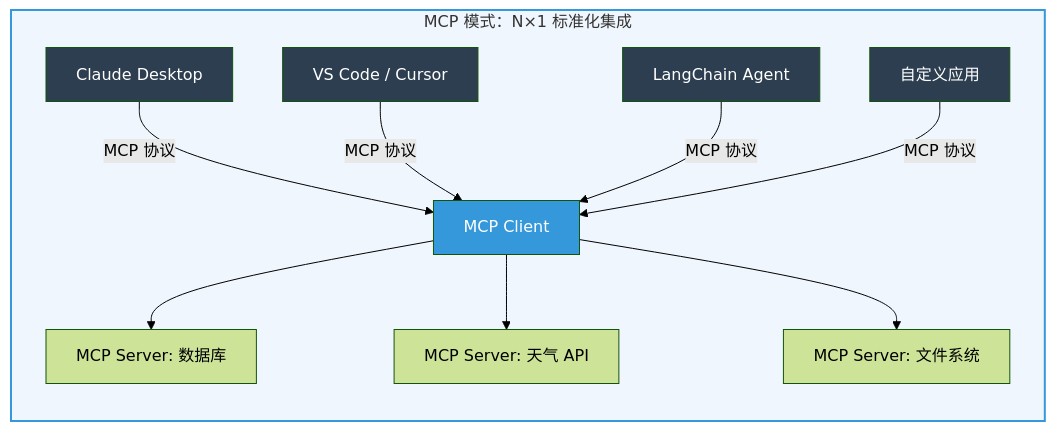
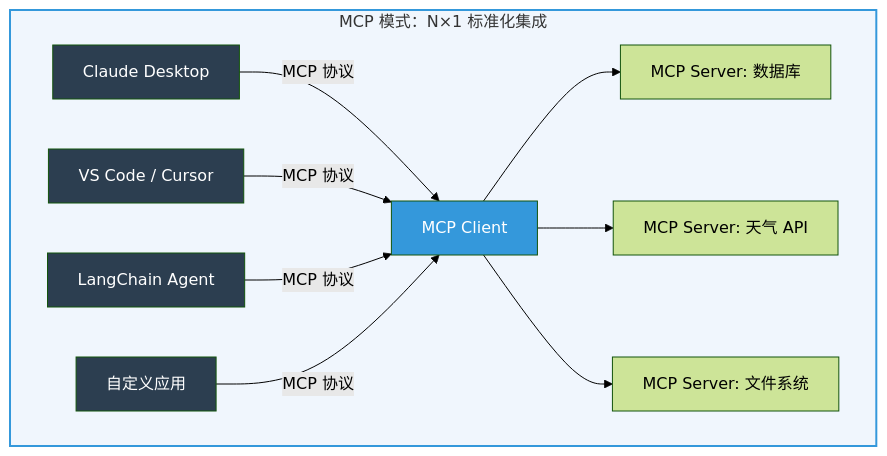
Before and after one commit to shuh-ai/agent-dev-guide: the second of 6 diagrams in 02-开发框架与平台/LangChain/04-MCP协议与LangChain实战.md, drawn with Mermaid (forest theme). The commit also changed other lines of this file and 4 other files, not shown here.

````diff
--- a/02-开发框架与平台/LangChain/04-MCP协议与LangChain实战.md
+++ b/02-开发框架与平台/LangChain/04-MCP协议与LangChain实战.md
@@ -39,20 +39,20 @@
 ```mermaid
 graph LR
     subgraph MCP_Way["MCP 模式：N×1 标准化集成"]
-        direction TB
+        direction LR
         B1[Claude Desktop] -->|MCP 协议| Client[MCP Client]
         B2[VS Code / Cursor] -->|MCP 协议| Client
         B3[LangChain Agent] -->|MCP 协议| Client
         B4[自定义应用] -->|MCP 协议| Client
         Client --> S1["MCP Server: 数据库"]
         Client --> S2["MCP Server: 天气 API"]
         Client --> S3["MCP Server: 文件系统"]
     end
 
     style MCP_Way fill:#f0f6fd,stroke:#3498db,stroke-width:2px
     style B1 fill:#2c3e50,color:#fff
     style B2 fill:#2c3e50,color:#fff
     style B3 fill:#2c3e50,color:#fff
     style B4 fill:#2c3e50,color:#fff
     style Client fill:#3498db,color:#fff
 ```
````
